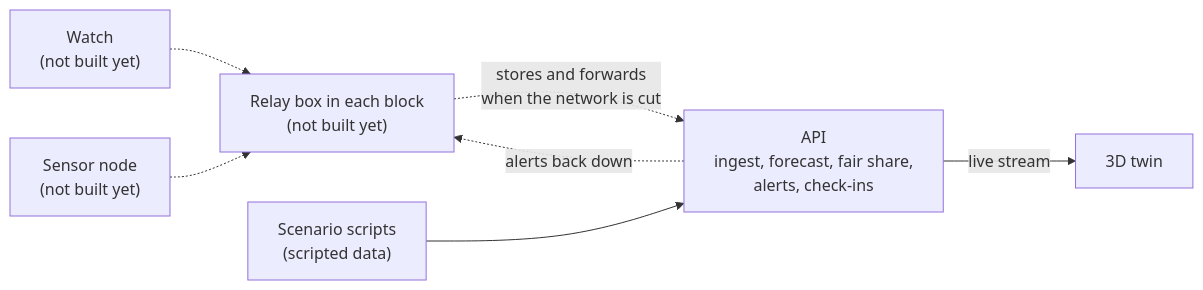
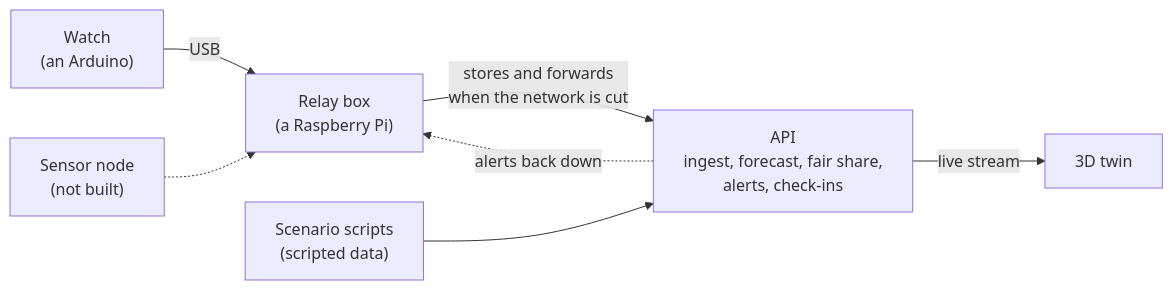
Before and after one commit to akshaya-pabbisetty/hollow-twin: the diagram in README.md, drawn with Mermaid. The commit also changed other lines of this file and 2 other files, not shown here.

Commit message:
docs: the watch and relay are real hardware now

````diff
--- a/README.md
+++ b/README.md
@@ -35,9 +35,9 @@
 ```mermaid
 flowchart LR
-  W["Watch<br/>(not built yet)"] -.-> R["Relay box in each block<br/>(not built yet)"]
-  S["Sensor node<br/>(not built yet)"] -.-> R
-  R -. "stores and forwards<br/>when the network is cut" .-> A
+  W["Watch<br/>(an Arduino)"] -- "USB" --> R["Relay box<br/>(a Raspberry Pi)"]
+  S["Sensor node<br/>(not built)"] -.-> R
+  R -- "stores and forwards<br/>when the network is cut" --> A
   X["Scenario scripts<br/>(scripted data)"] --> A["API<br/>ingest, forecast, fair share,<br/>alerts, check-ins"]
   A -- "live stream" --> T["3D twin"]
   A -. "alerts back down" .-> R
 ```
````
